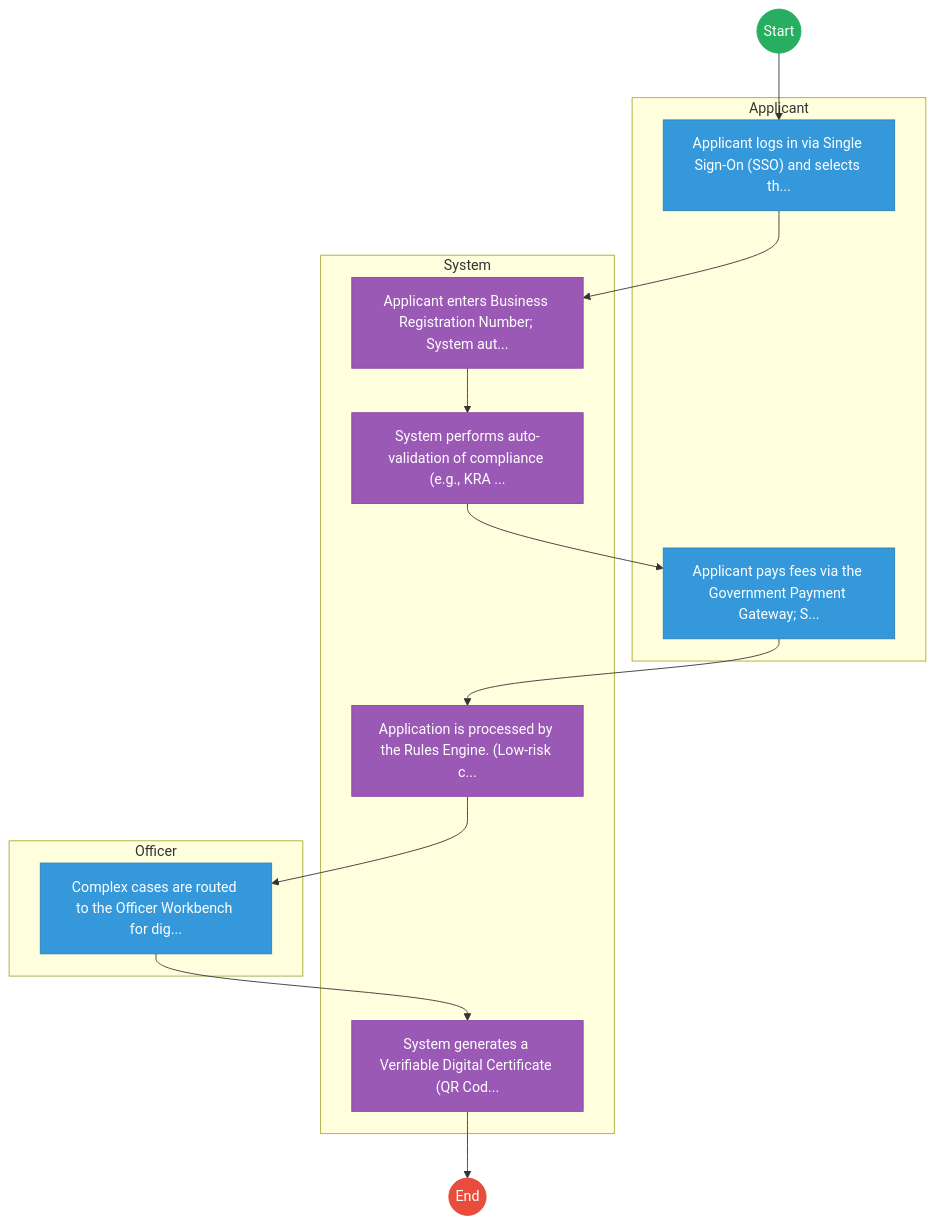
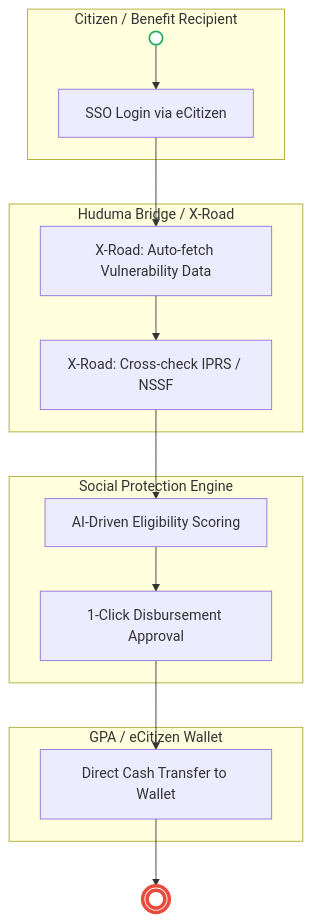
One commit to BITZ-IT-Consulting-LTD/ictapoc changed the second of 2 diagrams in mdas/docs_final/Ministry_of_Labour_and_Social_Protection___Service_Delivery.md. Above: the diagram before and after it, drawn with Mermaid. The commit also changed other lines of this file and 13 other files, not shown here.

````diff
--- a/mdas/docs_final/Ministry_of_Labour_and_Social_Protection___Service_Delivery.md
+++ b/mdas/docs_final/Ministry_of_Labour_and_Social_Protection___Service_Delivery.md
@@ -122,37 +104,25 @@
 ```mermaid
-graph TD
-    Start((Start)) --> S1
-
-    subgraph Applicant [Applicant]
-        S1["Applicant logs in via Single Sign-On (SSO) and selects th..."]
-        S4["Applicant pays fees via the Government Payment Gateway; S..."]
+flowchart TD
+    subgraph Applicant["Citizen / Benefit Recipient"]
+        Start(( )) --> T1[SSO Login via eCitizen]
     end
 
-    subgraph System [System]
-        S2["Applicant enters Business Registration Number; System aut..."]
-        S3["System performs auto-validation of compliance (e.g., KRA ..."]
-        S5["Application is processed by the Rules Engine. (Low-risk c..."]
-        S7["System generates a Verifiable Digital Certificate (QR Cod..."]
+    subgraph Hub["Huduma Bridge / X-Road"]
+        T1 --> T2[X-Road: Auto-fetch Vulnerability Data]
+        T2 --> T3[X-Road: Cross-check IPRS / NSSF]
     end
 
-    subgraph Officer [Officer]
-        S6["Complex cases are routed to the Officer Workbench for dig..."]
+    subgraph System["Social Protection Engine"]
+        T3 --> S1[AI-Driven Eligibility Scoring]
+        S1 --> S2[1-Click Disbursement Approval]
     end
-    S1 --> S2
-    S2 --> S3
-    S3 --> S4
-    S4 --> S5
-    S5 --> S6
-    S6 --> S7
-    S7 --> End((End))
 
-    classDef start fill:#27ae60,stroke:#27ae60,color:#fff;
-    classDef endNode fill:#e74c3c,stroke:#e74c3c,color:#fff;
-    classDef userTask fill:#3498db,stroke:#2980b9,color:#fff;
-    classDef serviceTask fill:#9b59b6,stroke:#8e44ad,color:#fff;
+    subgraph Finance["GPA / eCitizen Wallet"]
+        S2 --> F1[Direct Cash Transfer to Wallet]
+    end
 
-    class Start start;
-    class End endNode;
-    class S1,S4,S6 userTask;
-    class S2,S3,S5,S7 serviceTask;
+    F1 --> End((( )))
+
+    style Start fill:#fff,stroke:#27ae60,stroke-width:2px
+    style End fill:#fff,stroke:#e74c3c,stroke-width:4px
 ```
````
